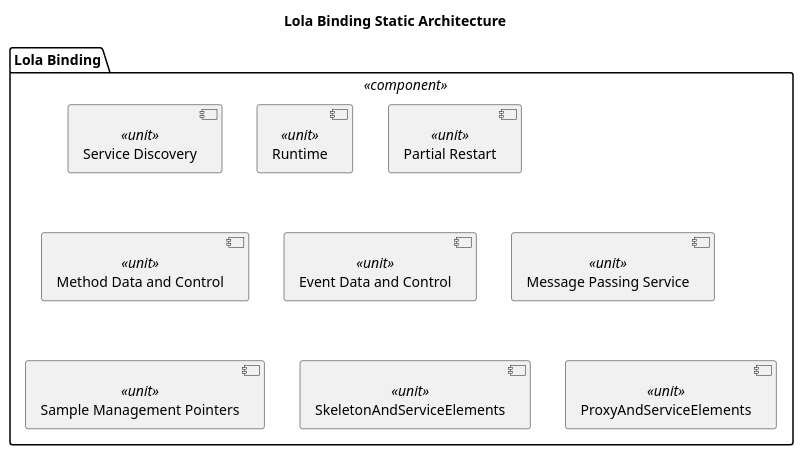
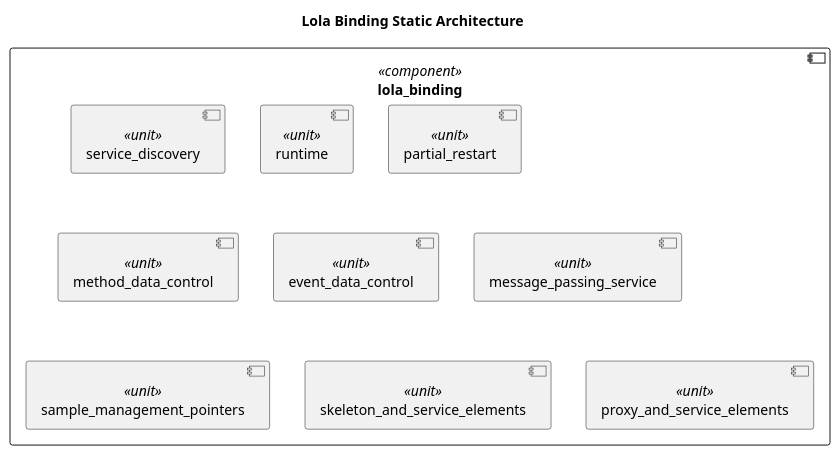
The diagram in score/mw/com/dependability/architectural_design/static_design/lola_binding.puml (eclipse-score/communication), drawn with PlantUML before and after one commit. The commit also changed 25 other files, not shown here.

```diff
--- a/score/mw/com/dependability/architectural_design/static_design/lola_binding.puml
+++ b/score/mw/com/dependability/architectural_design/static_design/lola_binding.puml
@@ -13,18 +13,18 @@
 @startuml safety_sentinel_lola_binding_design
 title "Lola Binding Static Architecture"
 
-package "Lola Binding" as lola_binding <<component>> {
-  component "Service Discovery" as service_discovery <<unit>> 
-  component "Runtime" as runtime <<unit>> 
-  component "Partial Restart" as partial_restart <<unit>>
-  component "Method Data and Control" as method_data_control <<unit>> 
-  component "Event Data and Control" as event_data_control <<unit>> 
-  component "Message Passing Service" as message_passing_service <<unit>> 
-  component "Sample Management Pointers" as slot_pointers <<unit>>
+component lola_binding <<component>> {
+  component service_discovery <<unit>>
+  component runtime <<unit>>
+  component partial_restart <<unit>>
+  component method_data_control <<unit>>
+  component event_data_control <<unit>>
+  component message_passing_service <<unit>>
+  component sample_management_pointers <<unit>>
 
-  component "SkeletonAndServiceElements" as skeleton_and_service_elements <<unit>> 
-  
-  component "ProxyAndServiceElements" as proxy_and_service_elements <<unit>> 
+  component skeleton_and_service_elements <<unit>>
+
+  component proxy_and_service_elements <<unit>>
 }
 
 @enduml
```
